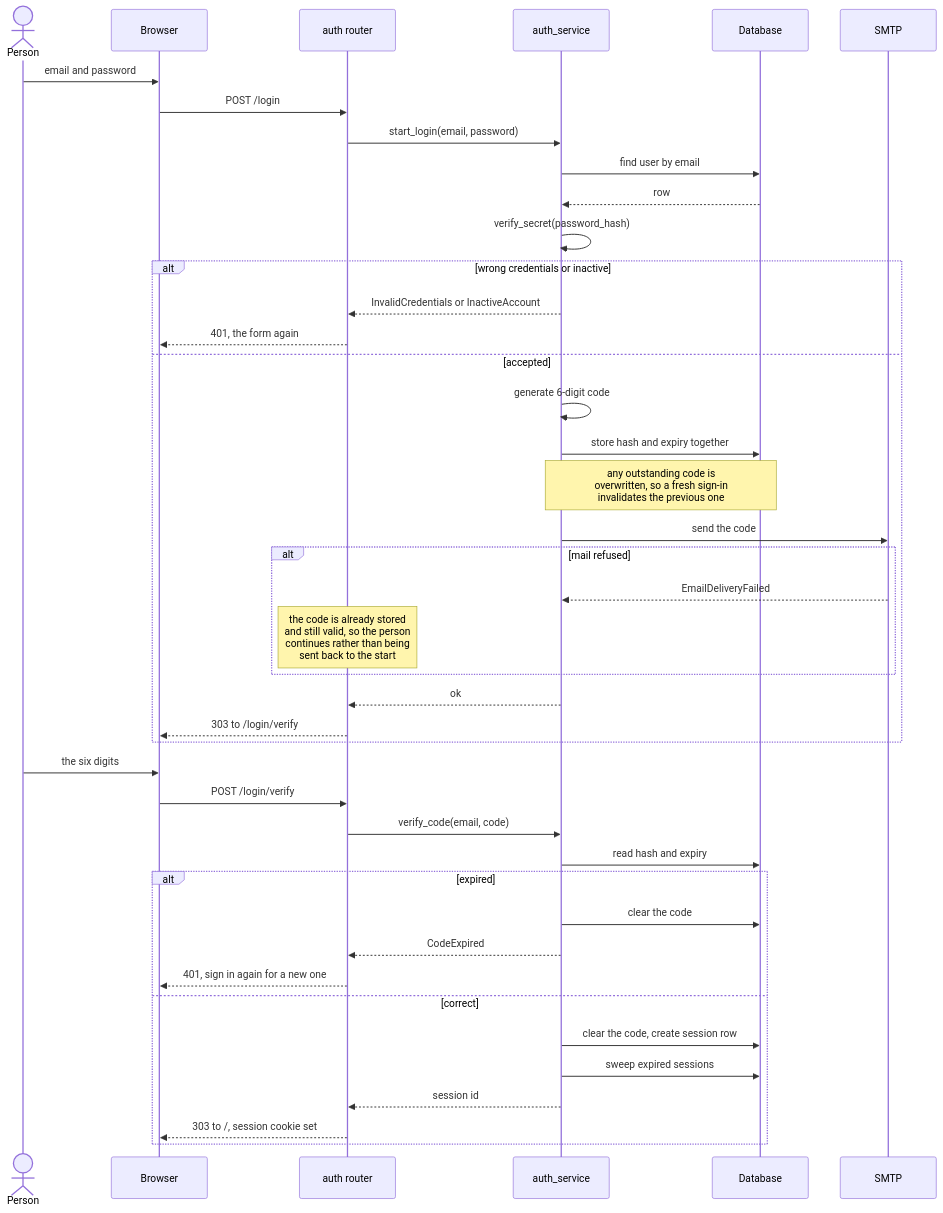
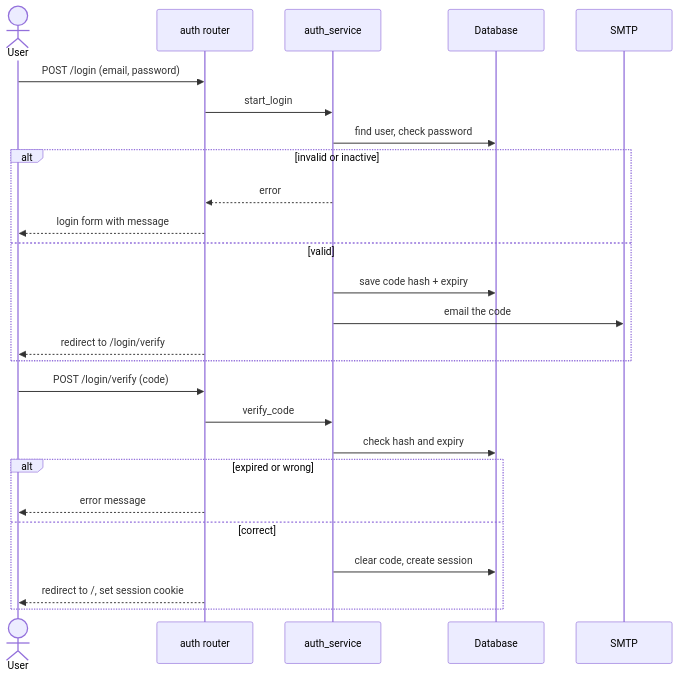
The seventh of 10 diagrams in docs/system-analysis-and-design.md (xTurki/awarness_project), drawn with Mermaid before and after one commit. The commit also changed other lines of this file and 147 other files, not shown here.

````diff
--- a/docs/system-analysis-and-design.md
+++ b/docs/system-analysis-and-design.md
@@ -752,48 +546,30 @@
 ```mermaid
 sequenceDiagram
-    actor P as Person
-    participant B as Browser
+    actor P as User
     participant R as auth router
     participant S as auth_service
     participant D as Database
     participant M as SMTP
 
-    P->>B: email and password
-    B->>R: POST /login
-    R->>S: start_login(email, password)
-    S->>D: find user by email
-    D-->>S: row
-    S->>S: verify_secret(password_hash)
-
-    alt wrong credentials or inactive
-        S-->>R: InvalidCredentials or InactiveAccount
-        R-->>B: 401, the form again
-    else accepted
-        S->>S: generate 6-digit code
-        S->>D: store hash and expiry together
-        Note over S,D: any outstanding code is<br/>overwritten, so a fresh sign-in<br/>invalidates the previous one
-        S->>M: send the code
-        alt mail refused
-            M-->>S: EmailDeliveryFailed
-            Note over R: the code is already stored<br/>and still valid, so the person<br/>continues rather than being<br/>sent back to the start
-        end
-        S-->>R: ok
-        R-->>B: 303 to /login/verify
+    P->>R: POST /login (email, password)
+    R->>S: start_login
+    S->>D: find user, check password
+    alt invalid or inactive
+        S-->>R: error
+        R-->>P: login form with message
+    else valid
+        S->>D: save code hash + expiry
+        S->>M: email the code
+        R-->>P: redirect to /login/verify
     end
 
-    P->>B: the six digits
-    B->>R: POST /login/verify
-    R->>S: verify_code(email, code)
-    S->>D: read hash and expiry
-
-    alt expired
-        S->>D: clear the code
-        S-->>R: CodeExpired
-        R-->>B: 401, sign in again for a new one
+    P->>R: POST /login/verify (code)
+    R->>S: verify_code
+    S->>D: check hash and expiry
+    alt expired or wrong
+        R-->>P: error message
     else correct
-        S->>D: clear the code, create session row
-        S->>D: sweep expired sessions
-        S-->>R: session id
-        R-->>B: 303 to /, session cookie set
+        S->>D: clear code, create session
+        R-->>P: redirect to /, set session cookie
     end
 ```
````
